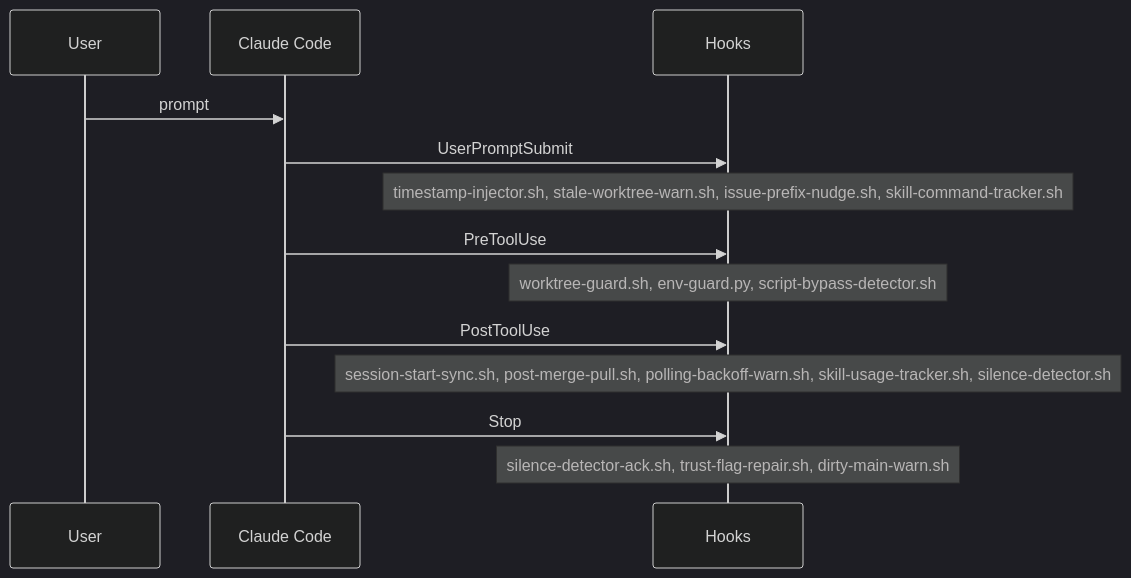
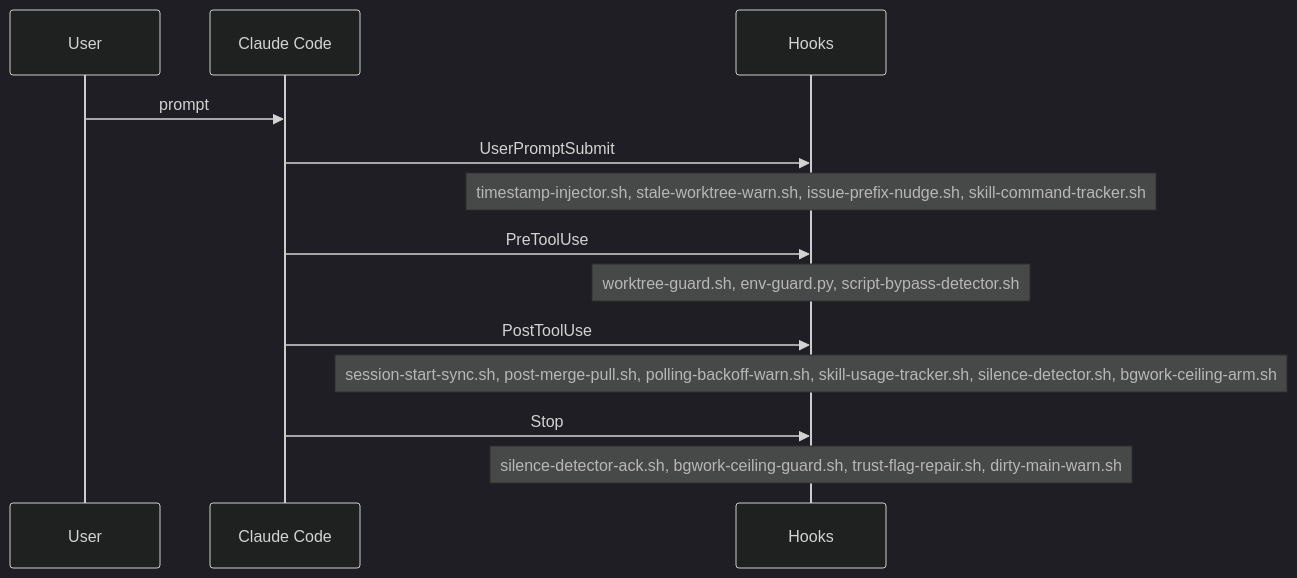
One commit to auerbachb/claude-code-config changed the diagram in .claude/reference/diagrams/hook-lifecycle.md. Above: the diagram before and after it, drawn with Mermaid (dark theme). The commit also changed other lines of this file and 13 other files, not shown here.

````diff
--- a/.claude/reference/diagrams/hook-lifecycle.md
+++ b/.claude/reference/diagrams/hook-lifecycle.md
@@ -5,15 +5,15 @@
 ```mermaid
 sequenceDiagram
   participant U as User
   participant CC as Claude Code
   participant H as Hooks
   U->>CC: prompt
   CC->>H: UserPromptSubmit
   Note over H: timestamp-injector.sh, stale-worktree-warn.sh, issue-prefix-nudge.sh, skill-command-tracker.sh
   CC->>H: PreToolUse
   Note over H: worktree-guard.sh, env-guard.py, script-bypass-detector.sh
   CC->>H: PostToolUse
-  Note over H: session-start-sync.sh, post-merge-pull.sh, polling-backoff-warn.sh, skill-usage-tracker.sh, silence-detector.sh
+  Note over H: session-start-sync.sh, post-merge-pull.sh, polling-backoff-warn.sh, skill-usage-tracker.sh, silence-detector.sh, bgwork-ceiling-arm.sh
   CC->>H: Stop
-  Note over H: silence-detector-ack.sh, trust-flag-repair.sh, dirty-main-warn.sh
+  Note over H: silence-detector-ack.sh, bgwork-ceiling-guard.sh, trust-flag-repair.sh, dirty-main-warn.sh
 ```
````
